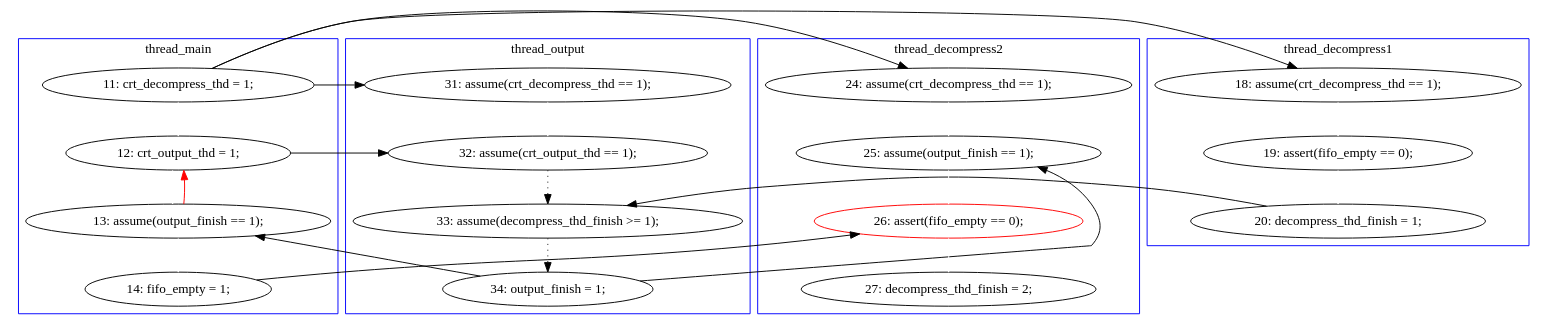
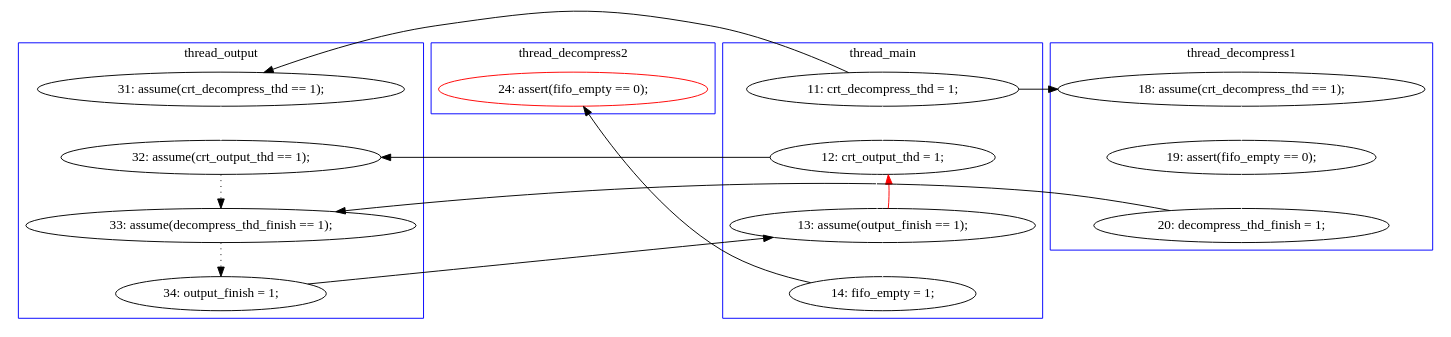
One commit to hylhp/cav14-model changed the diagram in pbzip2.mixed/B-1-graph-sol-3.dot. Above: the diagram before and after it, drawn with Graphviz. The commit also changed 22 other files, not shown here.

```diff
--- a/pbzip2.mixed/B-1-graph-sol-3.dot
+++ b/pbzip2.mixed/B-1-graph-sol-3.dot
@@ -1,53 +1,45 @@
 digraph Counterexample {
-	7 -> 16 [color = white, style = solid]
-	21 -> 27 [color = black, style = solid, constraint = false]
-	7 -> 14 [color = black, style = solid, constraint = false]
-	31 -> 34 [color = white, style = solid]
+	12 -> 14 [color = white, style = solid]
+	20 -> 23 [color = black, style = solid, constraint = false]
+	25 -> 32 [color = black, style = solid, constraint = false]
+	16 -> 17 [color = white, style = solid]
 	19 -> 20 [color = black, style = dotted]
-	15 -> 18 [color = white, style = solid]
-	22 -> 31 [color = white, style = solid]
-	17 -> 22 [color = white, style = solid]
-	12 -> 15 [color = white, style = solid]
-	18 -> 20 [color = black, style = solid, constraint = false]
-	27 -> 30 [color = white, style = solid]
-	30 -> 31 [color = black, style = solid, constraint = false]
-	27 -> 16 [color = red, style = solid, constraint = false]
-	16 -> 19 [color = black, style = solid, constraint = false]
-	14 -> 19 [color = white, style = solid]
-	20 -> 21 [color = black, style = dotted]
-	16 -> 27 [color = white, style = solid]
-	7 -> 17 [color = black, style = solid, constraint = false]
-	21 -> 22 [color = black, style = solid, constraint = false]
-	7 -> 12 [color = black, style = solid, constraint = false]
+	23 -> 10 [color = red, style = solid, constraint = false]
+	15 -> 16 [color = white, style = solid]
+	23 -> 25 [color = white, style = solid]
+	17 -> 19 [color = black, style = solid, constraint = false]
+	10 -> 23 [color = white, style = solid]
+	9 -> 10 [color = white, style = solid]
+	9 -> 12 [color = black, style = solid, constraint = false]
+	10 -> 14 [color = black, style = solid, constraint = false]
+	14 -> 19 [color = black, style = dotted]
+	9 -> 15 [color = black, style = solid, constraint = false]
+	subgraph cluster3 {
+		label = thread_decompress2
+		color = blue
+		32  [label = "24: assert(fifo_empty == 0);", color = red]
+	}
 	subgraph cluster1 {
 		label = thread_main
 		color = blue
-		27  [label = "13: assume(output_finish == 1);"]
-		30  [label = "14: fifo_empty = 1;"]
-		7  [label = "11: crt_decompress_thd = 1;"]
-		16  [label = "12: crt_output_thd = 1;"]
-	}
-	subgraph cluster3 {
-		label = thread_decompress2
-		color = blue
-		34  [label = "27: decompress_thd_finish = 2;"]
-		17  [label = "24: assume(crt_decompress_thd == 1);"]
-		31  [label = "26: assert(fifo_empty == 0);", color = red]
-		22  [label = "25: assume(output_finish == 1);"]
+		23  [label = "13: assume(output_finish == 1);"]
+		9  [label = "11: crt_decompress_thd = 1;"]
+		10  [label = "12: crt_output_thd = 1;"]
+		25  [label = "14: fifo_empty = 1;"]
 	}
 	subgraph cluster2 {
 		label = thread_decompress1
 		color = blue
-		18  [label = "20: decompress_thd_finish = 1;"]
-		12  [label = "18: assume(crt_decompress_thd == 1);"]
-		15  [label = "19: assert(fifo_empty == 0);"]
+		15  [label = "18: assume(crt_decompress_thd == 1);"]
+		16  [label = "19: assert(fifo_empty == 0);"]
+		17  [label = "20: decompress_thd_finish = 1;"]
 	}
 	subgraph cluster4 {
 		label = thread_output
 		color = blue
-		19  [label = "32: assume(crt_output_thd == 1);"]
-		14  [label = "31: assume(crt_decompress_thd == 1);"]
-		20  [label = "33: assume(decompress_thd_finish >= 1);"]
-		21  [label = "34: output_finish = 1;"]
+		14  [label = "32: assume(crt_output_thd == 1);"]
+		19  [label = "33: assume(decompress_thd_finish == 1);"]
+		20  [label = "34: output_finish = 1;"]
+		12  [label = "31: assume(crt_decompress_thd == 1);"]
 	}
 }
```
